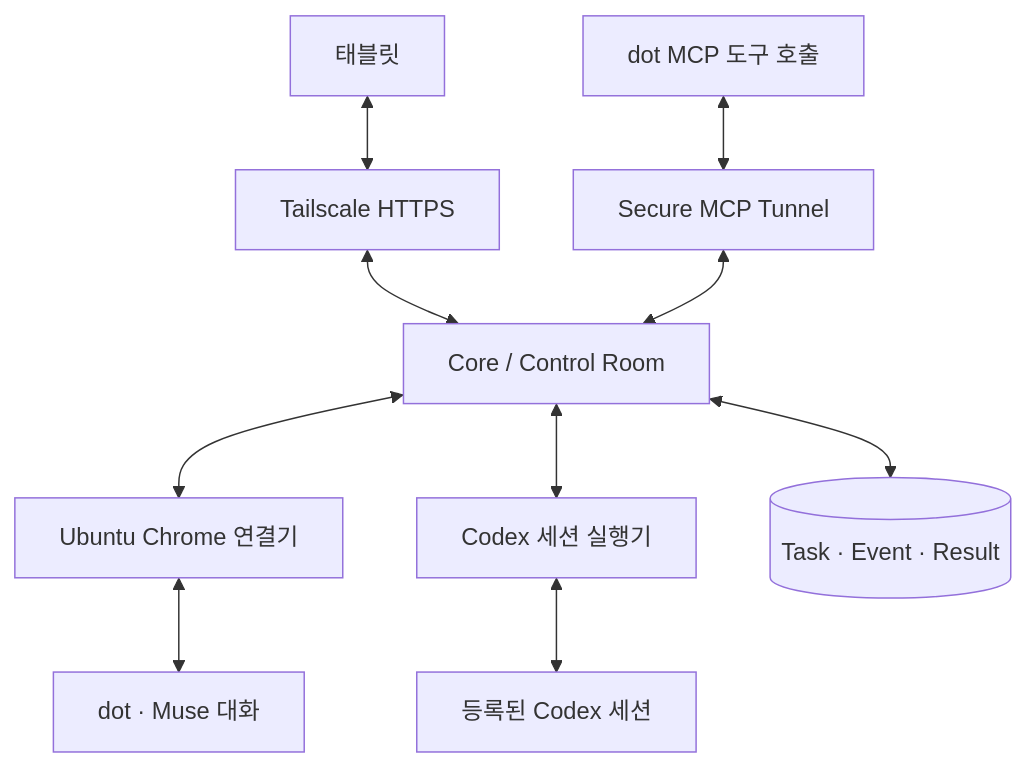
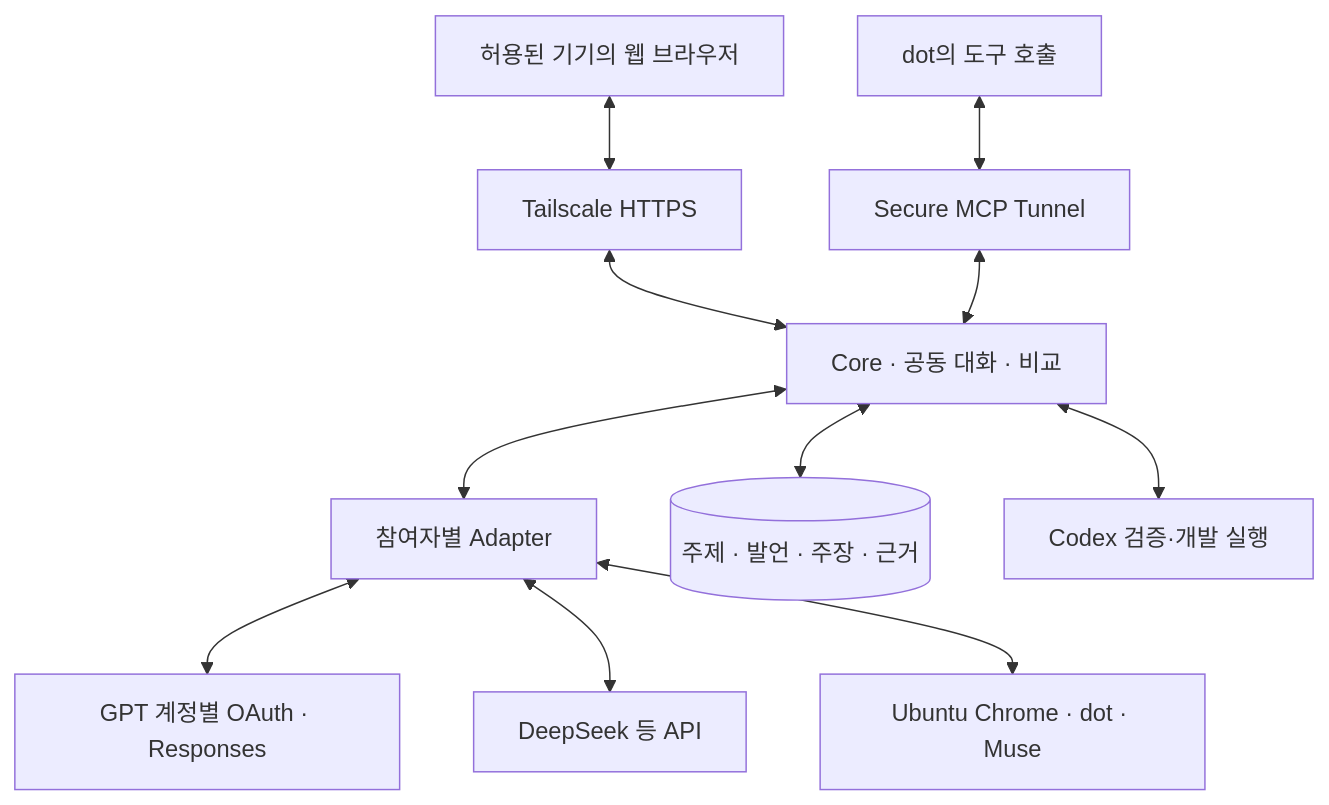
One commit to firewine/webgpt changed the diagram in docs/development-plan.md. Above: the diagram before and after it, drawn with Mermaid. The commit also changed other lines of this file and 7 other files, not shown here.

Commit message:
docs: plan active discussions with OAuth and API participants

````diff
--- a/docs/development-plan.md
+++ b/docs/development-plan.md
@@ -130,12 +130,13 @@
 ```mermaid
 flowchart TD
-    Tablet["태블릿"] <--> Serve["Tailscale HTTPS"]
-    Serve <--> Core["Core / Control Room"]
-    Core <--> Bridge["Ubuntu Chrome 연결기"]
-    Bridge <--> Web["dot · Muse 대화"]
-    Core <--> Executor["Codex 세션 실행기"]
-    Executor <--> Codex["등록된 Codex 세션"]
-    Core <--> Store[("Task · Event · Result")]
-    Dot["dot MCP 도구 호출"] <--> Tunnel["Secure MCP Tunnel"]
+    Client["허용된 기기의 웹 브라우저"] <--> Serve["Tailscale HTTPS"]
+    Serve <--> Core["Core · 공동 대화 · 비교"]
+    Core <--> Adapter["참여자별 Adapter"]
+    Adapter <--> OAuth["GPT 계정별 OAuth · Responses"]
+    Adapter <--> API["DeepSeek 등 API"]
+    Adapter <--> Browser["Ubuntu Chrome · dot · Muse"]
+    Core <--> Store[("주제 · 발언 · 주장 · 근거")]
+    Core <--> Executor["Codex 검증·개발 실행"]
+    DotTool["dot의 도구 호출"] <--> Tunnel["Secure MCP Tunnel"]
     Tunnel <--> Core
 ```
````
